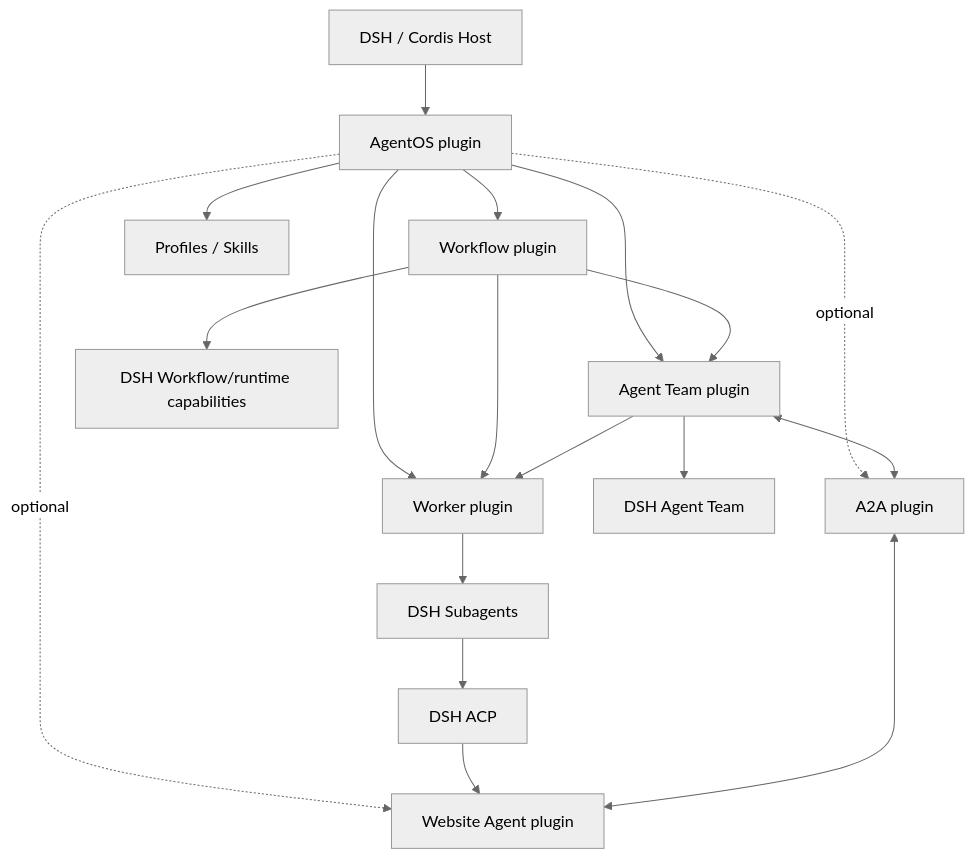
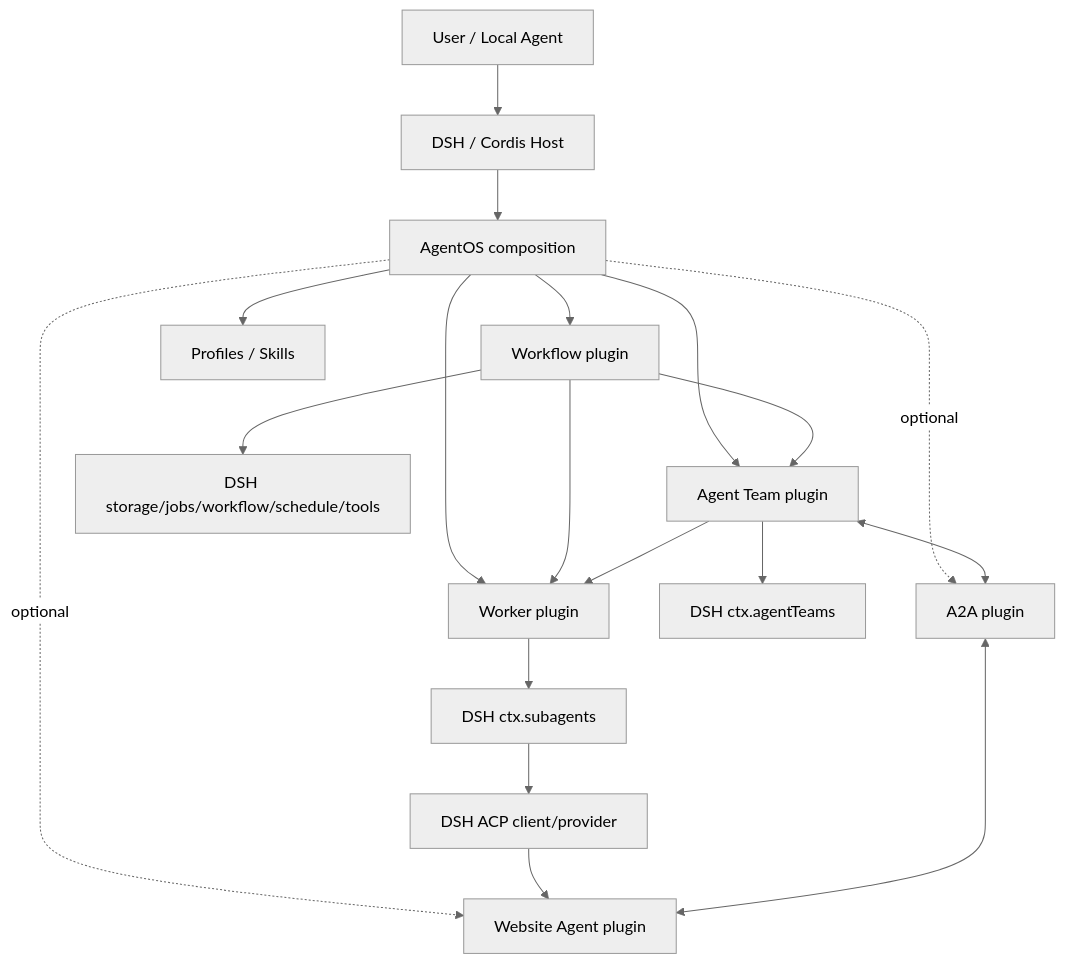
The first of 2 diagrams in docs/architecture/plugins/agentos/README.md (tsuuanmi/AgentOS), drawn with Mermaid (neutral theme) before and after one commit. The commit also changed other lines of this file, not shown here.

Commit message:
docs: expand canonical plugin architecture for implementation

```diff
--- a/docs/architecture/plugins/agentos/README.md
+++ b/docs/architecture/plugins/agentos/README.md
@@ -14,39 +13,38 @@
 ~~~mermaid
 flowchart TB
+    User[User / Local Agent]
     Host[DSH / Cordis Host]
-    AgentOS[AgentOS plugin]
+    AO[AgentOS composition]
 
-    Workflow[Workflow plugin]
+    WF[Workflow plugin]
     Team[Agent Team plugin]
     Worker[Worker plugin]
     Website[Website Agent plugin]
     A2A[A2A plugin]
     Profiles[Profiles / Skills]
 
-    DSHAT[DSH Agent Team]
-    Sub[DSH Subagents]
-    ACP[DSH ACP]
-    Runtime[DSH Workflow/runtime capabilities]
+    DSHAT[DSH ctx.agentTeams]
+    Sub[DSH ctx.subagents]
+    ACPClient[DSH ACP client/provider]
+    Runtime[DSH storage/jobs/workflow/schedule/tools]
 
-    Host --> AgentOS
+    User --> Host --> AO
 
-    AgentOS --> Workflow
-    AgentOS --> Team
-    AgentOS --> Worker
-    AgentOS -. optional .-> Website
-    AgentOS -. optional .-> A2A
-    AgentOS --> Profiles
+    AO --> WF
+    AO --> Team
+    AO --> Worker
+    AO -. optional .-> Website
+    AO -. optional .-> A2A
+    AO --> Profiles
 
-    Workflow --> Team
-    Workflow --> Worker
+    WF --> Team
+    WF --> Worker
     Team --> Worker
-
     Team --> DSHAT
     Worker --> Sub
-    Sub --> ACP
-    ACP --> Website
+    Sub --> ACPClient
+    ACPClient --> Website
     Team <--> A2A
     A2A <--> Website
-
-    Workflow --> Runtime
+    WF --> Runtime
 ~~~
```
